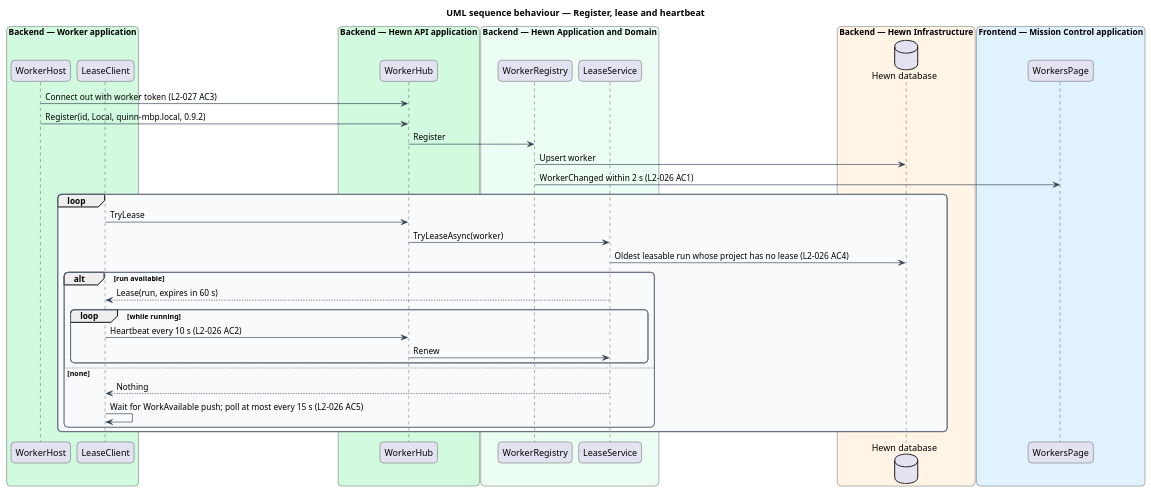
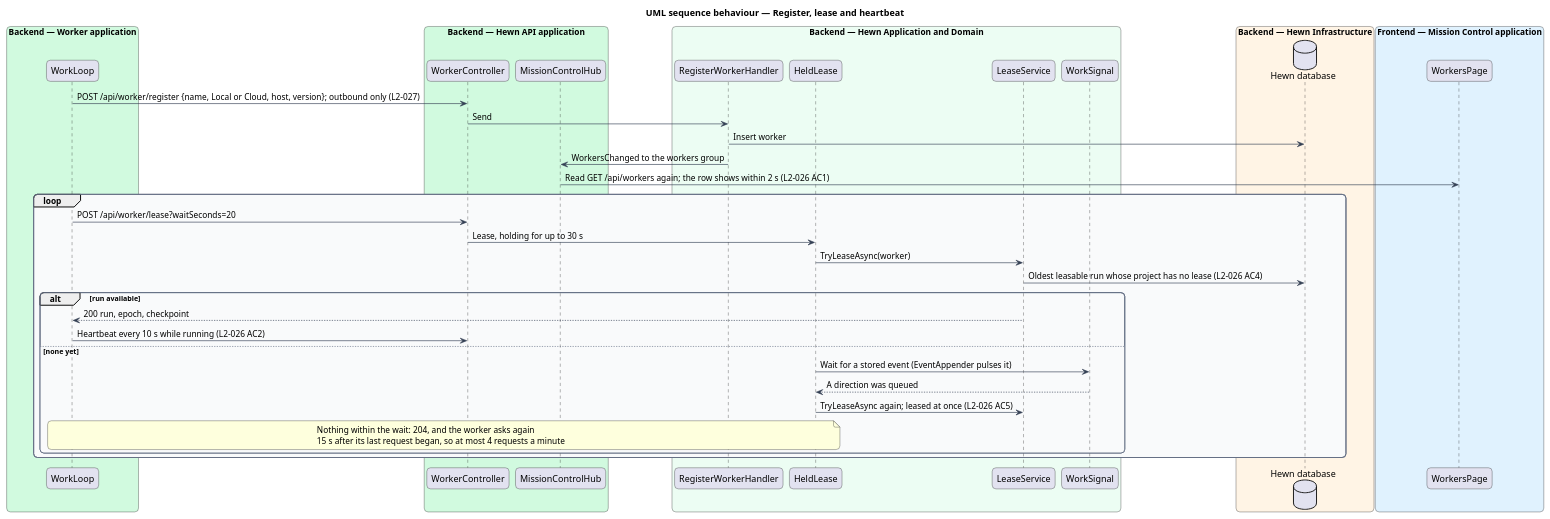
Before and after one commit to QuinntyneBrown/hewn: the diagram in docs/detailed-designs/agent-runtime/worker-loop/diagrams/sequence-register-and-lease.puml, drawn with PlantUML. The commit also changed 62 other files, not shown here.

First line of the commit message:
Run workers locally or in the cloud (journey 23, L2-026, L2-027, L2-042) (#31)

```diff
--- a/docs/detailed-designs/agent-runtime/worker-loop/diagrams/sequence-register-and-lease.puml
+++ b/docs/detailed-designs/agent-runtime/worker-loop/diagrams/sequence-register-and-lease.puml
@@ -1,55 +1,57 @@
 @startuml
 title UML sequence behaviour — Register, lease and heartbeat
 skinparam backgroundColor #FFFFFF
 skinparam shadowing false
 skinparam roundcorner 12
 skinparam defaultFontName Arial
 skinparam ArrowColor #344054
 skinparam rectangle {
   BorderColor #344054
   FontColor #101828
 }
 skinparam package {
   BorderColor #667085
   FontColor #101828
   BackgroundColor #F9FAFB
 }
 skinparam sequenceMessageAlign left
 box "Backend — Worker application" #D1FADF
-  participant "WorkerHost" as host
-  participant "LeaseClient" as lc
+  participant "WorkLoop" as loop
 end box
 box "Backend — Hewn API application" #D1FADF
-  participant "WorkerHub" as hub
+  participant "WorkerController" as ctrl
+  participant "MissionControlHub" as hub
 end box
 box "Backend — Hewn Application and Domain" #ECFDF3
-  participant "WorkerRegistry" as reg
+  participant "RegisterWorkerHandler" as reg
+  participant "HeldLease" as held
   participant "LeaseService" as lease
+  participant "WorkSignal" as signal
 end box
 box "Backend — Hewn Infrastructure" #FFF4E5
   database "Hewn database" as db
 end box
 box "Frontend — Mission Control application" #E0F2FE
   participant "WorkersPage" as page
 end box
-host -> hub : Connect out with worker token (L2-027 AC3)
-host -> hub : Register(id, Local, quinn-mbp.local, 0.9.2)
-hub -> reg : Register
-reg -> db : Upsert worker
-reg -> page : WorkerChanged within 2 s (L2-026 AC1)
+loop -> ctrl : POST /api/worker/register {name, Local or Cloud, host, version}; outbound only (L2-027)
+ctrl -> reg : Send
+reg -> db : Insert worker
+reg -> hub : WorkersChanged to the workers group
+hub -> page : Read GET /api/workers again; the row shows within 2 s (L2-026 AC1)
 loop
-  lc -> hub : TryLease
-  hub -> lease : TryLeaseAsync(worker)
+  loop -> ctrl : POST /api/worker/lease?waitSeconds=20
+  ctrl -> held : Lease, holding for up to 30 s
+  held -> lease : TryLeaseAsync(worker)
   lease -> db : Oldest leasable run whose project has no lease (L2-026 AC4)
   alt run available
-    lease --> lc : Lease(run, expires in 60 s)
-    loop while running
-      lc -> hub : Heartbeat every 10 s (L2-026 AC2)
-      hub -> lease : Renew
-    end
-  else none
-    lease --> lc : Nothing
-    lc -> lc : Wait for WorkAvailable push; poll at most every 15 s (L2-026 AC5)
+    lease --> loop : 200 run, epoch, checkpoint
+    loop -> ctrl : Heartbeat every 10 s while running (L2-026 AC2)
+  else none yet
+    held -> signal : Wait for a stored event (EventAppender pulses it)
+    signal --> held : A direction was queued
+    held -> lease : TryLeaseAsync again; leased at once (L2-026 AC5)
+    note over loop, held : Nothing within the wait: 204, and the worker asks again\n15 s after its last request began, so at most 4 requests a minute
   end
 end
 @enduml
```
